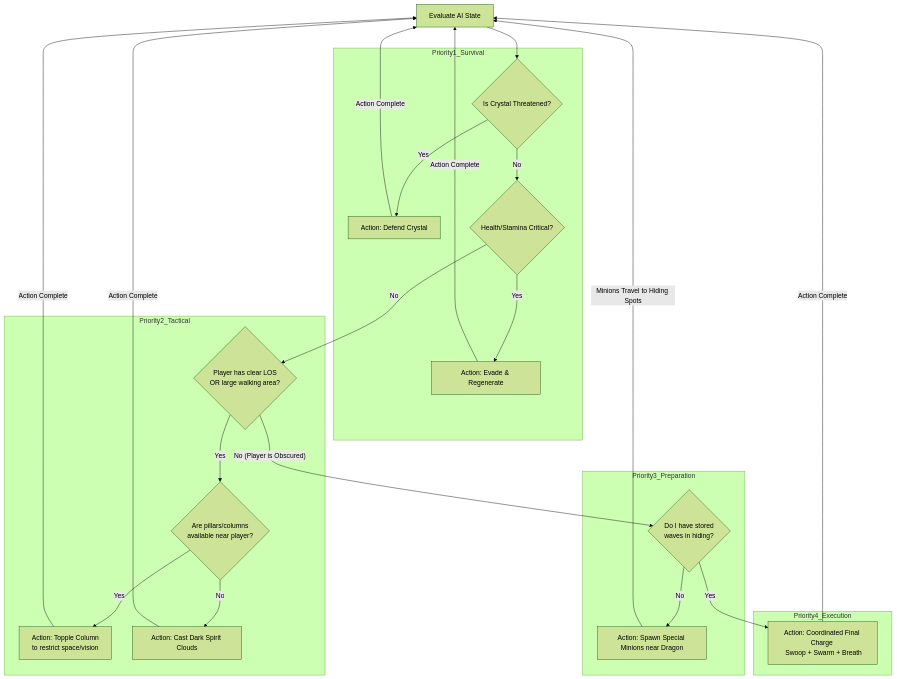
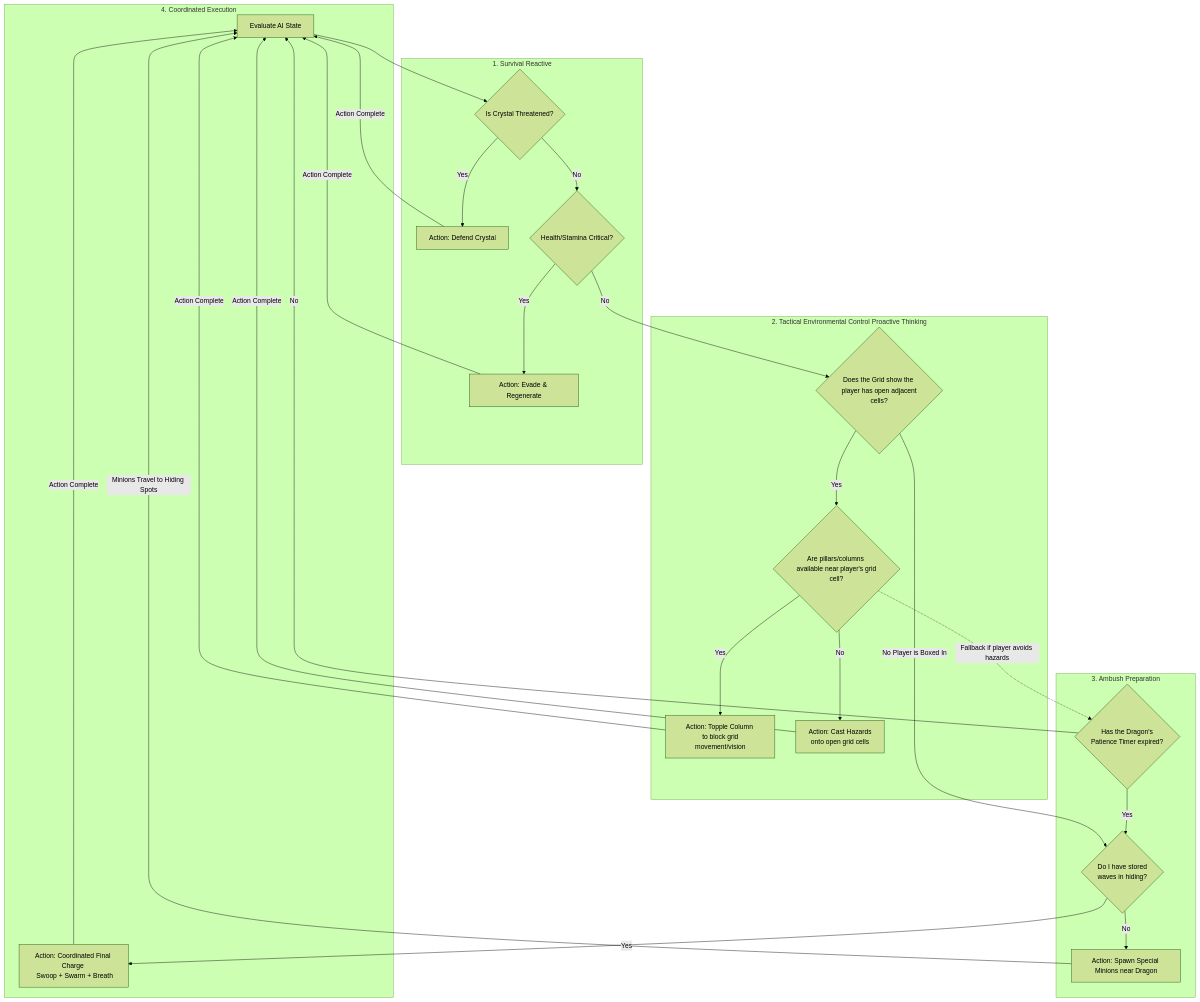
The fourth of 5 diagrams in Quest_Machine_Dragon_Brain_Docs.md (NatalieC001/dragonDump), drawn with Mermaid (forest theme) before and after one commit. The commit also changed other lines of this file, not shown here.

First line of the commit message:
Revise Dragon AI logic and environmental strategies

````diff
--- a/Quest_Machine_Dragon_Brain_Docs.md
+++ b/Quest_Machine_Dragon_Brain_Docs.md
@@ -197,38 +197,42 @@
 ```mermaid
 graph TD
-    Idle[Evaluate AI State] --> Priority1
+    Idle[Evaluate AI State] --> Loop1
     
-    %% Priority 1: Survival (Reactive)
-    subgraph Priority1_Survival
-        Priority1{Is Crystal Threatened?}
-        Priority1 -- Yes --> Defend[Action: Defend Crystal]
-        Priority1 -- No --> ThreatCheck{Health/Stamina Critical?}
+    %% Loop 1: 1. Survival (Reactive)
+    subgraph 1. Survival Reactive
+        Loop1{Is Crystal Threatened?}
+        Loop1 -- Yes --> Defend[Action: Defend Crystal]
+        Loop1 -- No --> ThreatCheck{Health/Stamina Critical?}
         ThreatCheck -- Yes --> EvadeRegen[Action: Evade & Regenerate]
     end
     
-    %% Priority 2: Tactical Environmental Control (Proactive)
-    subgraph Priority2_Tactical
-        ThreatCheck -- No --> CheckSpace{Player has clear LOS <br> OR large walking area?}
-        CheckSpace -- Yes --> ToppleCheck{Are pillars/columns <br> available near player?}
-        ToppleCheck -- Yes --> Topple[Action: Topple Column <br> to restrict space/vision]
-        ToppleCheck -- No --> Clouds[Action: Cast Dark Spirit Clouds]
+    %% Loop 2: 2. Tactical Environmental Control (Proactive Thinking)
+    subgraph 2. Tactical Environmental Control Proactive Thinking
+        ThreatCheck -- No --> CheckSpace{Does the Grid show the <br> player has open adjacent cells?}
+        CheckSpace -- Yes --> ToppleCheck{Are pillars/columns <br> available near player's grid cell?}
+        ToppleCheck -- Yes --> Topple[Action: Topple Column <br> to block grid movement/vision]
+        ToppleCheck -- No --> Clouds[Action: Cast Hazards <br> onto open grid cells]
     end
     
-    %% Priority 3: Ambush Preparation (Proactive)
-    subgraph Priority3_Preparation
-        CheckSpace -- No (Player is Obscured) --> SpawnCheck{Do I have stored <br> waves in hiding?}
+    %% Loop 3: 3. Ambush Preparation
+    subgraph 3. Ambush Preparation
+        %% Adversarial Resilience: The boss will spawn minions if the player is boxed in, OR if the Dragon runs out of patience waiting.
+        CheckSpace -- No Player is Boxed In --> SpawnCheck
+        ToppleCheck -.->|Fallback if player avoids hazards| CheckPatience{Has the Dragon's <br> Patience Timer expired?}
+        CheckPatience -- Yes --> SpawnCheck{Do I have stored <br> waves in hiding?}
         SpawnCheck -- No --> SpawnHidden[Action: Spawn Special Minions near Dragon]
     end
     
-    %% Priority 4: Execution
-    subgraph Priority4_Execution
+    %% Loop 4: 4. Coordinated Execution
+    subgraph 4. Coordinated Execution
         SpawnCheck -- Yes --> FinalCharge[Action: Coordinated Final Charge <br> Swoop + Swarm + Breath]
+        CheckPatience -- No --> Idle
     end
     
     Defend -->|Action Complete| Idle
     EvadeRegen -->|Action Complete| Idle
     Topple -->|Action Complete| Idle
     Clouds -->|Action Complete| Idle
     SpawnHidden -->|Minions Travel to Hiding Spots| Idle
     FinalCharge -->|Action Complete| Idle
 ```
````
